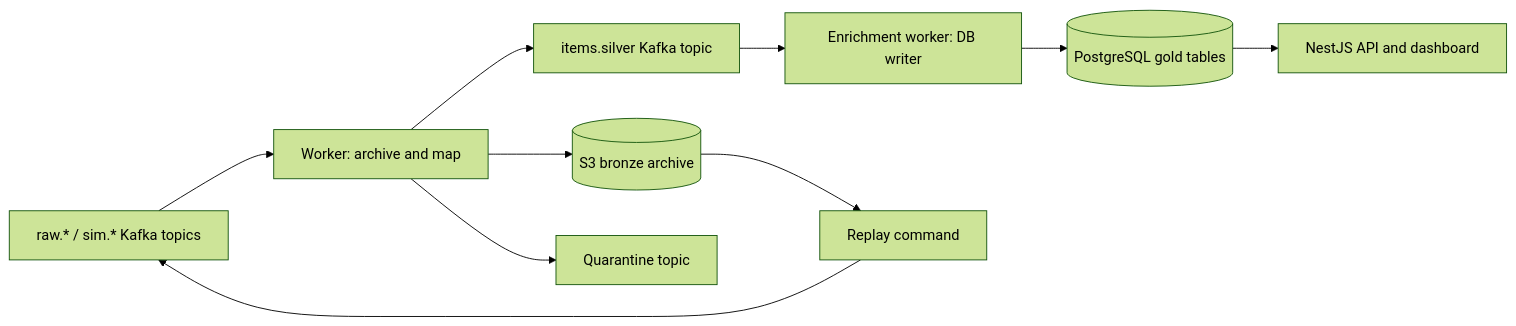
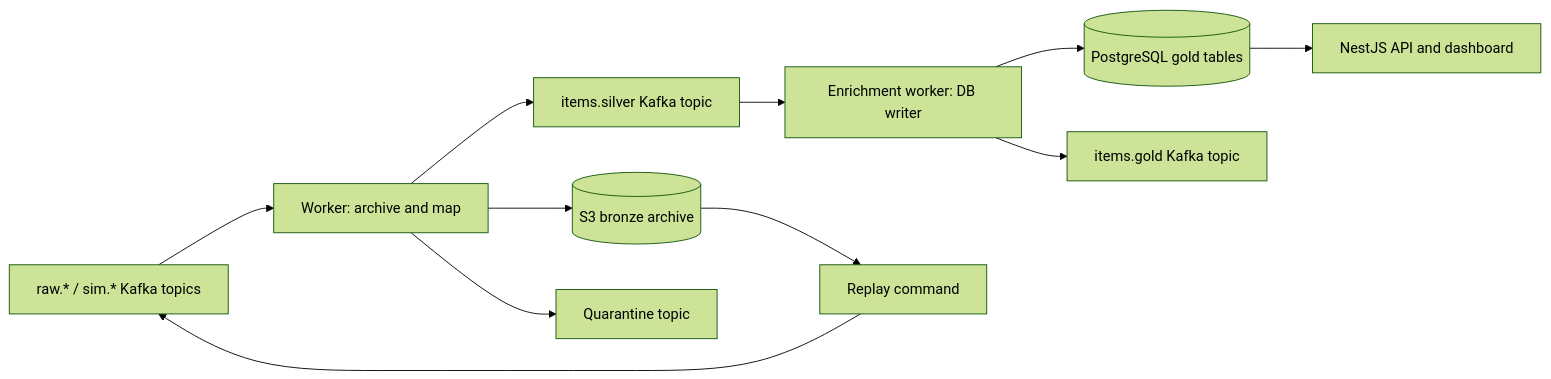
One commit to tabash21/nexus changed the diagram in README.md. Above: the diagram before and after it, drawn with Mermaid (forest theme). The commit also changed other lines of this file and 17 other files, not shown here.

Commit message:
feat: gold kafka topic after enrichment

````diff
--- a/README.md
+++ b/README.md
@@ -7,12 +7,13 @@
 ```mermaid
 flowchart LR
   Raw[raw.* / sim.* Kafka topics] --> Worker[Worker: archive and map]
   Worker --> Bronze[(S3 bronze archive)]
   Worker --> Silver[items.silver Kafka topic]
   Silver --> Writer[Enrichment worker: DB writer]
   Writer --> Gold[(PostgreSQL gold tables)]
+  Writer --> GoldTopic[items.gold Kafka topic]
   Gold --> API[NestJS API and dashboard]
   Worker --> DLQ[Quarantine topic]
   Bronze --> Replay[Replay command]
   Replay --> Raw
 ```
````
